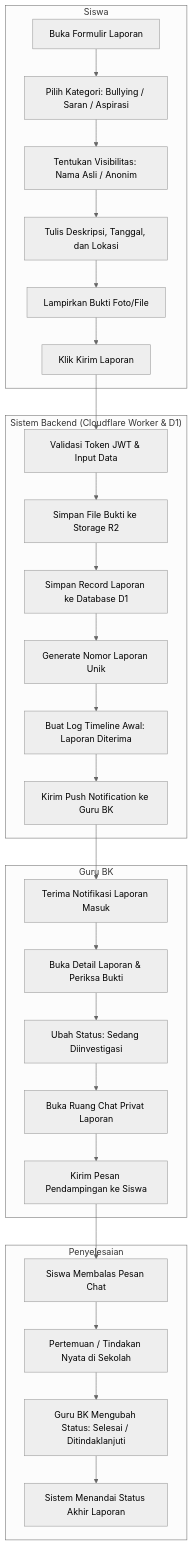
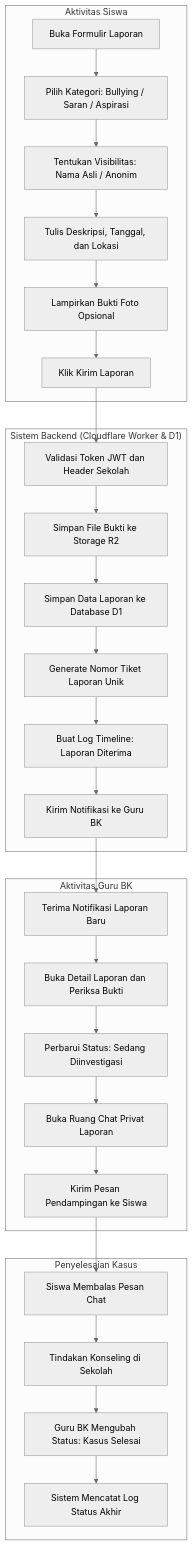
Before and after one commit to wahyuhidayatwyh-boop/APK-suarasiswa: the third of 7 diagrams in README.md, drawn with Mermaid (neutral theme). The commit also changed other lines of this file, not shown here.

Commit message:
fix(docs): optimize mermaid diagrams syntax for GitHub markdown renderer

````diff
--- a/README.md
+++ b/README.md
@@ -122,34 +122,34 @@
 ```mermaid
 flowchart TD
-    subgraph Siswa
+    subgraph Siswa["Aktivitas Siswa"]
         A1[Buka Formulir Laporan] --> A2[Pilih Kategori: Bullying / Saran / Aspirasi]
         A2 --> A3[Tentukan Visibilitas: Nama Asli / Anonim]
         A3 --> A4[Tulis Deskripsi, Tanggal, dan Lokasi]
-        A4 --> A5[Lampirkan Bukti Foto/File]
+        A4 --> A5[Lampirkan Bukti Foto Opsional]
         A5 --> A6[Klik Kirim Laporan]
     end
 
-    subgraph "Sistem Backend (Cloudflare Worker & D1)"
-        A6 --> B1[Validasi Token JWT & Input Data]
+    subgraph Backend["Sistem Backend (Cloudflare Worker & D1)"]
+        A6 --> B1[Validasi Token JWT dan Header Sekolah]
         B1 --> B2[Simpan File Bukti ke Storage R2]
-        B2 --> B3[Simpan Record Laporan ke Database D1]
-        B3 --> B4[Generate Nomor Laporan Unik]
-        B4 --> B5[Buat Log Timeline Awal: Laporan Diterima]
-        B5 --> B6[Kirim Push Notification ke Guru BK]
+        B2 --> B3[Simpan Data Laporan ke Database D1]
+        B3 --> B4[Generate Nomor Tiket Laporan Unik]
+        B4 --> B5[Buat Log Timeline: Laporan Diterima]
+        B5 --> B6[Kirim Notifikasi ke Guru BK]
     end
 
-    subgraph "Guru BK"
-        B6 --> C1[Terima Notifikasi Laporan Masuk]
-        C1 --> C2[Buka Detail Laporan & Periksa Bukti]
-        C2 --> C3[Ubah Status: Sedang Diinvestigasi]
+    subgraph GuruBK["Aktivitas Guru BK"]
+        B6 --> C1[Terima Notifikasi Laporan Baru]
+        C1 --> C2[Buka Detail Laporan dan Periksa Bukti]
+        C2 --> C3[Perbarui Status: Sedang Diinvestigasi]
         C3 --> C4[Buka Ruang Chat Privat Laporan]
         C4 --> C5[Kirim Pesan Pendampingan ke Siswa]
     end
 
-    subgraph Penyelesaian
+    subgraph Selesai["Penyelesaian Kasus"]
         C5 --> D1[Siswa Membalas Pesan Chat]
-        D1 --> D2[Pertemuan / Tindakan Nyata di Sekolah]
-        D2 --> D3[Guru BK Mengubah Status: Selesai / Ditindaklanjuti]
-        D3 --> D4[Sistem Menandai Status Akhir Laporan]
+        D1 --> D2[Tindakan Konseling di Sekolah]
+        D2 --> D3[Guru BK Mengubah Status: Kasus Selesai]
+        D3 --> D4[Sistem Mencatat Log Status Akhir]
     end
 ```
````
